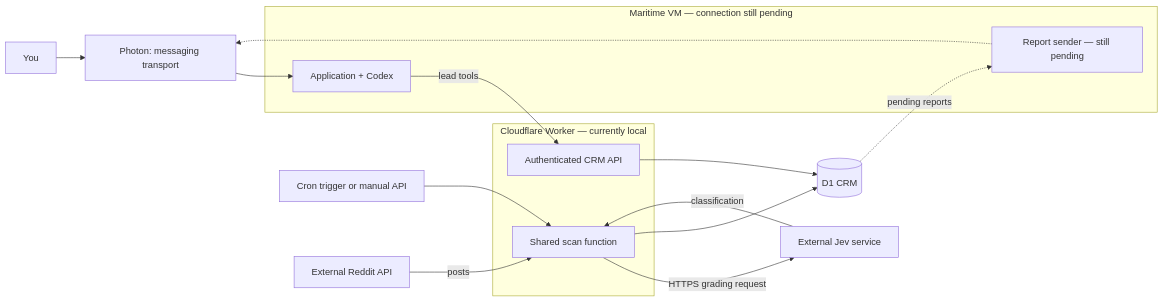
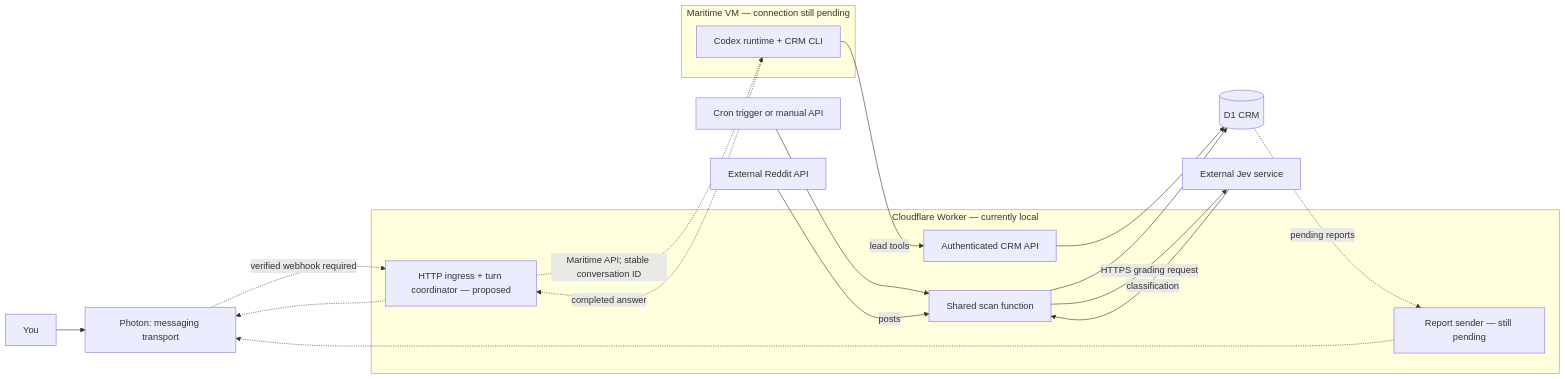
One commit to haydenfd/photon-reddit-agent changed the second of 3 diagrams in docs/architecture.md. Above: the diagram before and after it, drawn with Mermaid. The commit also changed other lines of this file and 2 other files, not shown here.

Commit message:
Document Codex conversation bridge design and review criteria

````diff
--- a/docs/architecture.md
+++ b/docs/architecture.md
@@ -123,22 +128,26 @@
 ```mermaid
 flowchart LR
   Owner["You"] --> Photon["Photon: messaging transport"]
   subgraph VM["Maritime VM — connection still pending"]
-    Agent["Application + Codex"]
+    Agent["Codex runtime + CRM CLI"]
+  end
+  subgraph CF["Cloudflare Worker — currently local"]
+    Bridge["HTTP ingress + turn coordinator — proposed"]
+    API["Authenticated CRM API"]
+    Scanner["Shared scan function"]
     Sender["Report sender — still pending"]
   end
-  Photon --> Agent
-  subgraph CF["Cloudflare Worker — currently local"]
-    API["Authenticated CRM API"]
-    Scanner["Shared scan function"]
-  end
+  Photon -.->|"verified webhook required"| Bridge
+  Bridge -.->|"Maritime API; stable conversation ID"| Agent
+  Agent -.->|"completed answer"| Bridge
+  Bridge -.-> Photon
   Agent -->|"lead tools"| API
   Cron["Cron trigger or manual API"] --> Scanner
   Reddit["External Reddit API"] -->|"posts"| Scanner
   Scanner -->|"HTTPS grading request"| Jev["External Jev service"]
   Jev -->|"classification"| Scanner
   API --> D1[("D1 CRM")]
   Scanner --> D1
   D1 -.->|"pending reports"| Sender
   Sender -.-> Photon
 ```
````
